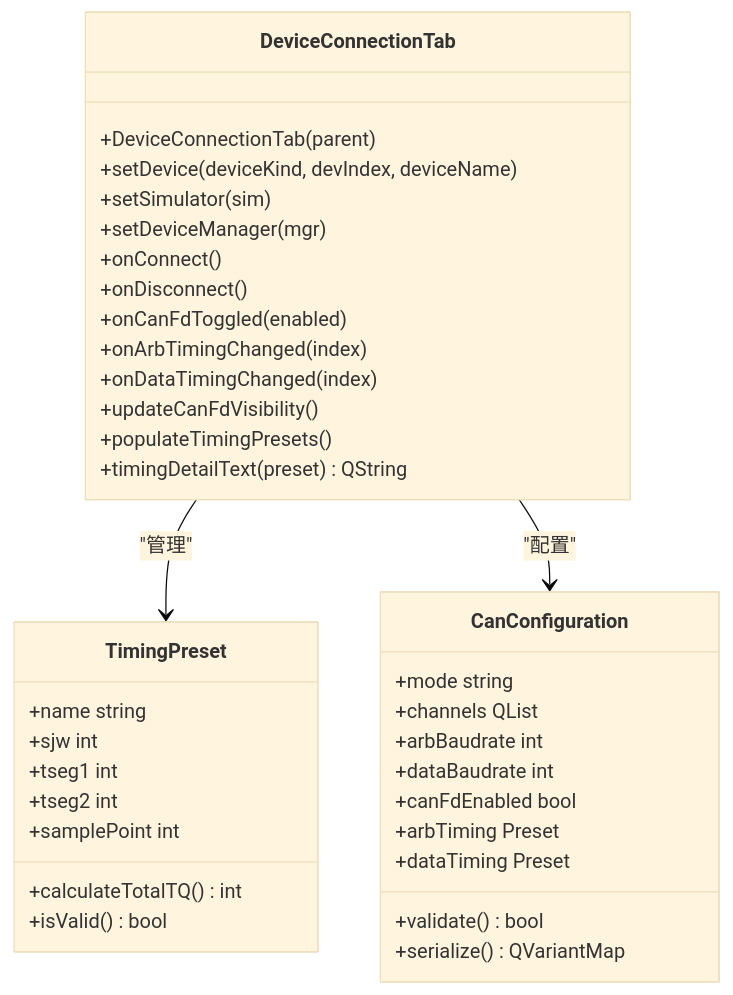
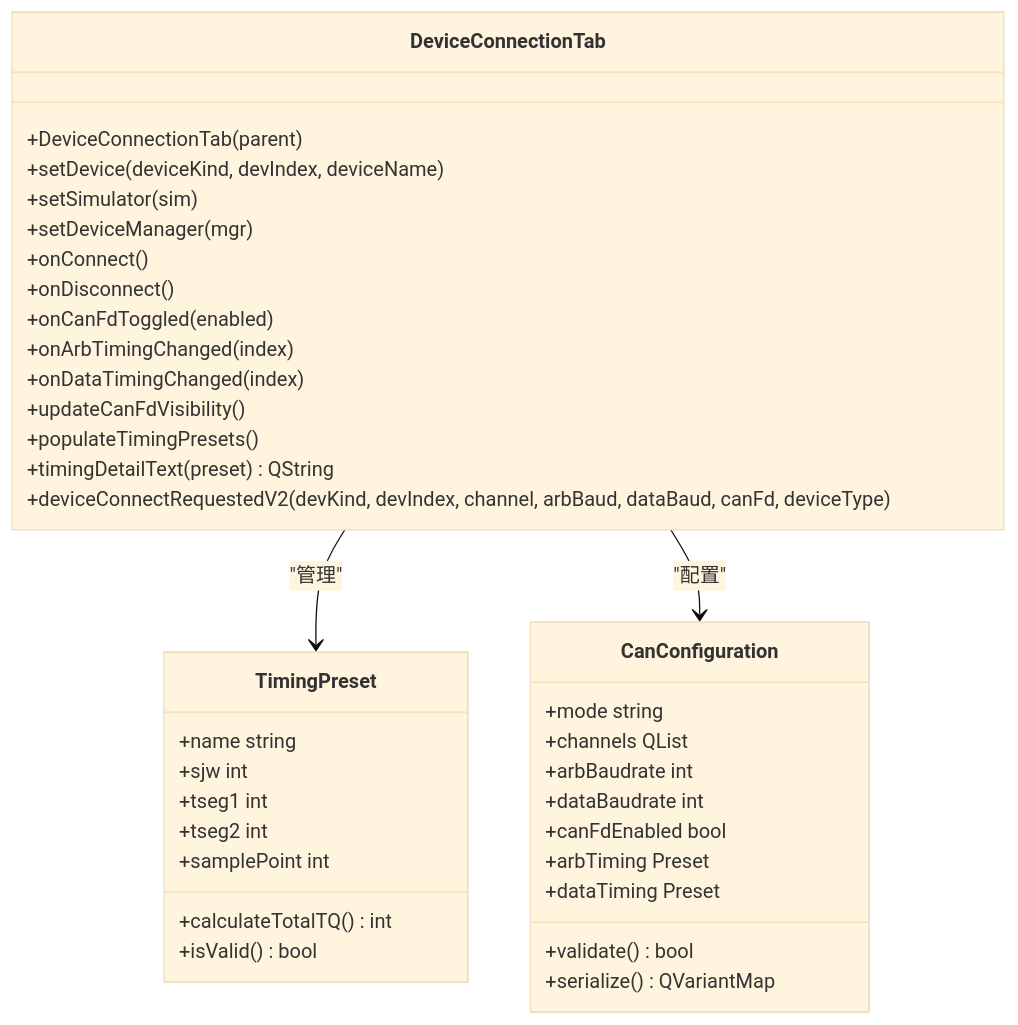
Before and after one commit to jakecai1225-design/OpenBus: diagram 11 of 25 in .qoder/repowiki/zh/content/架构设计/UI系统设计/UI系统设计.md, drawn with Mermaid (base theme). The commit also changed other lines of this file and 27 other files, not shown here.

````diff
--- a/.qoder/repowiki/zh/content/架构设计/UI系统设计/UI系统设计.md
+++ b/.qoder/repowiki/zh/content/架构设计/UI系统设计/UI系统设计.md
@@ -758,39 +910,40 @@
 ```mermaid
 classDiagram
 class DeviceConnectionTab {
 +DeviceConnectionTab(parent)
 +setDevice(deviceKind, devIndex, deviceName)
 +setSimulator(sim)
 +setDeviceManager(mgr)
 +onConnect()
 +onDisconnect()
 +onCanFdToggled(enabled)
 +onArbTimingChanged(index)
 +onDataTimingChanged(index)
 +updateCanFdVisibility()
 +populateTimingPresets()
 +timingDetailText(preset) QString
++deviceConnectRequestedV2(devKind, devIndex, channel, arbBaud, dataBaud, canFd, deviceType)
 }
 class TimingPreset {
 +name string
 +sjw int
 +tseg1 int
 +tseg2 int
 +samplePoint int
 +calculateTotalTQ() int
 +isValid() bool
 }
 class CanConfiguration {
 +mode string
 +channels QList<int>
 +arbBaudrate int
 +dataBaudrate int
 +canFdEnabled bool
 +arbTiming Preset
 +dataTiming Preset
 +validate() bool
 +serialize() QVariantMap
 }
 DeviceConnectionTab --> TimingPreset : "管理"
 DeviceConnectionTab --> CanConfiguration : "配置"
 ```
````
